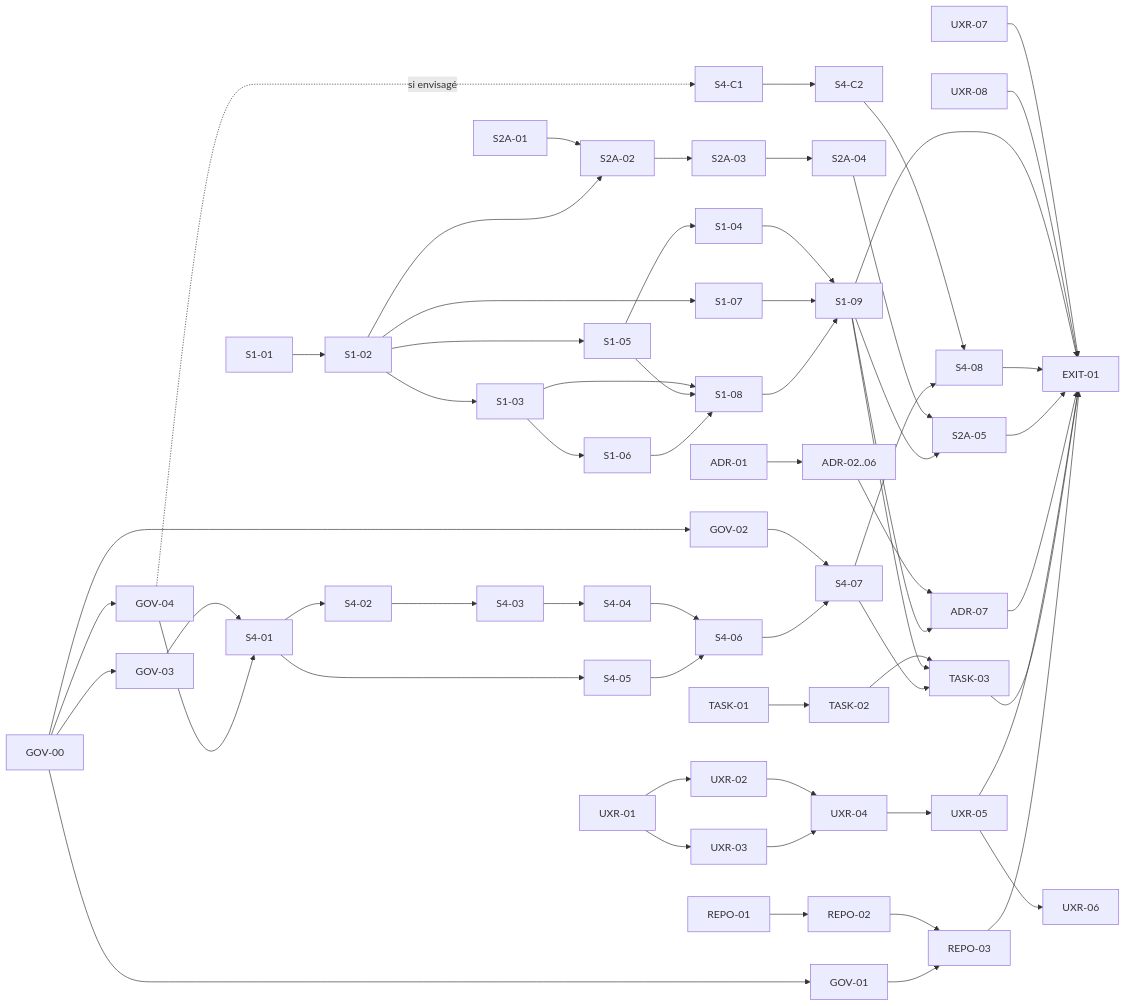
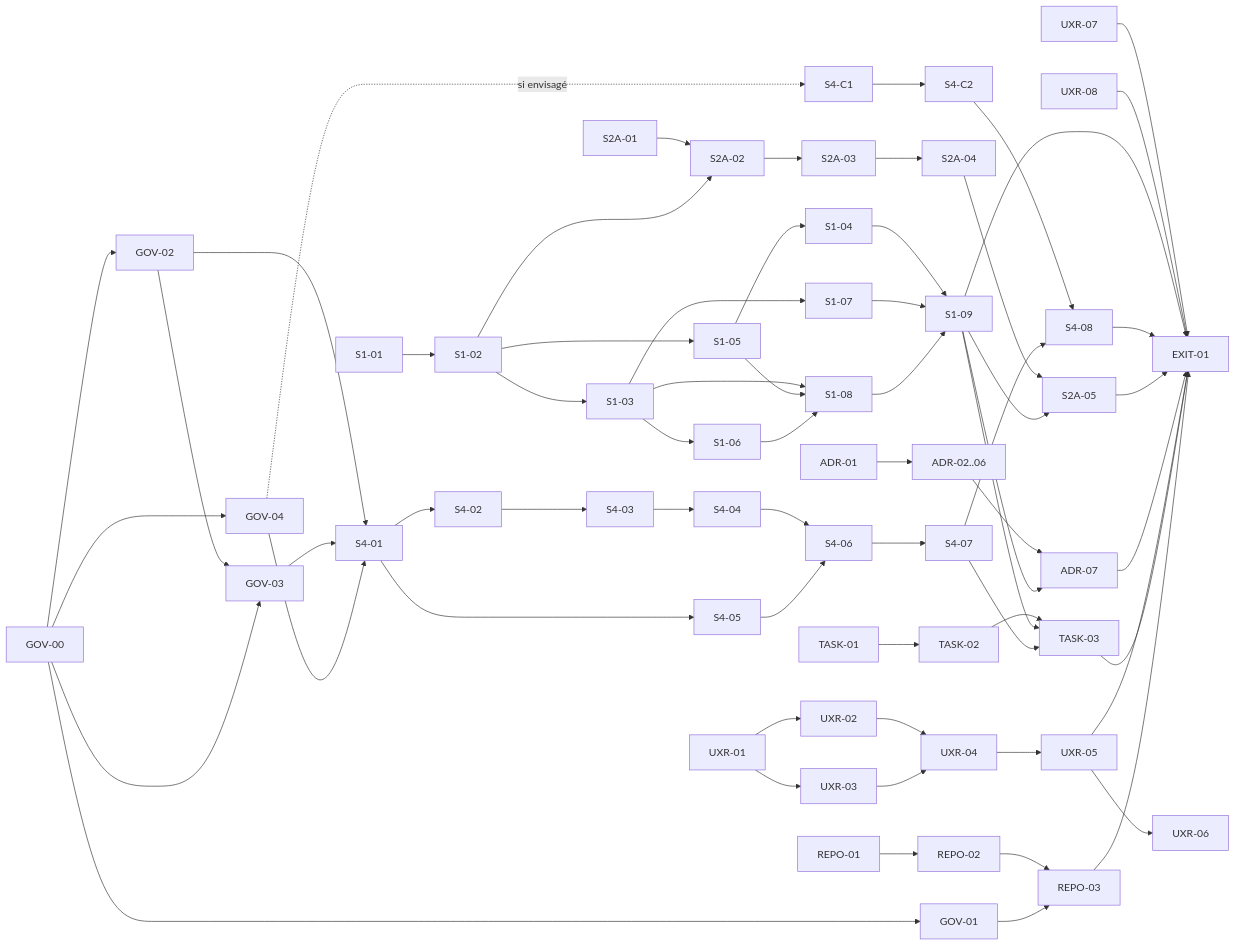
One commit to vincentaugerot/hardslice changed the diagram in docs/execution/phase-0-backlog.md. Above: the diagram before and after it, drawn with Mermaid. The commit also changed other lines of this file and 9 other files, not shown here.

````diff
--- a/docs/execution/phase-0-backlog.md
+++ b/docs/execution/phase-0-backlog.md
@@ -685,34 +686,35 @@
 ```mermaid
 flowchart LR
   GOV00[GOV-00] --> GOV01[GOV-01]
-  GOV00 --> GOV02[GOV-02] --> S407
+  GOV00 --> GOV02[GOV-02] --> GOV03
+  GOV02 --> S401
   GOV00 --> GOV03[GOV-03] --> S401
   GOV00 --> GOV04[GOV-04] --> S401
   GOV04 -.si envisagé.-> S4C1[S4-C1] --> S4C2[S4-C2] --> S408
   S101[S1-01] --> S102[S1-02] --> S103[S1-03] --> S106[S1-06]
   S102 --> S105[S1-05] --> S104[S1-04]
-  S102 --> S107[S1-07]
+  S103 --> S107[S1-07]
   S103 --> S108[S1-08]
   S105 --> S108
   S106 --> S108
   S104 --> S109[S1-09]
   S107 --> S109
   S108 --> S109
   S401[S4-01] --> S402[S4-02] --> S403[S4-03] --> S404[S4-04] --> S406[S4-06]
   S401 --> S405[S4-05] --> S406 --> S407[S4-07] --> S408[S4-08]
   S2A01[S2A-01] --> S2A02[S2A-02] --> S2A03[S2A-03] --> S2A04[S2A-04] --> S2A05[S2A-05]
   S102 --> S2A02
   S109 --> S2A05
   ADR01[ADR-01] --> ADR0x[ADR-02..06] --> ADR07[ADR-07]
   S109 --> ADR07
   TASK01[TASK-01] --> TASK02[TASK-02] --> TASK03[TASK-03]
   S109 --> TASK03
   S407 --> TASK03
   UXR01[UXR-01] --> UXR02[UXR-02] --> UXR04[UXR-04]
   UXR01 --> UXR03[UXR-03] --> UXR04 --> UXR05[UXR-05] --> UXR06[UXR-06]
   REPO01[REPO-01] --> REPO02[REPO-02] --> REPO03[REPO-03]
   GOV01 --> REPO03
   UXR07[UXR-07] --> EXIT[EXIT-01]
   UXR08[UXR-08] --> EXIT
   S109 & S408 & S2A05 & ADR07 & UXR05 & TASK03 & REPO03 --> EXIT
 ```
````
